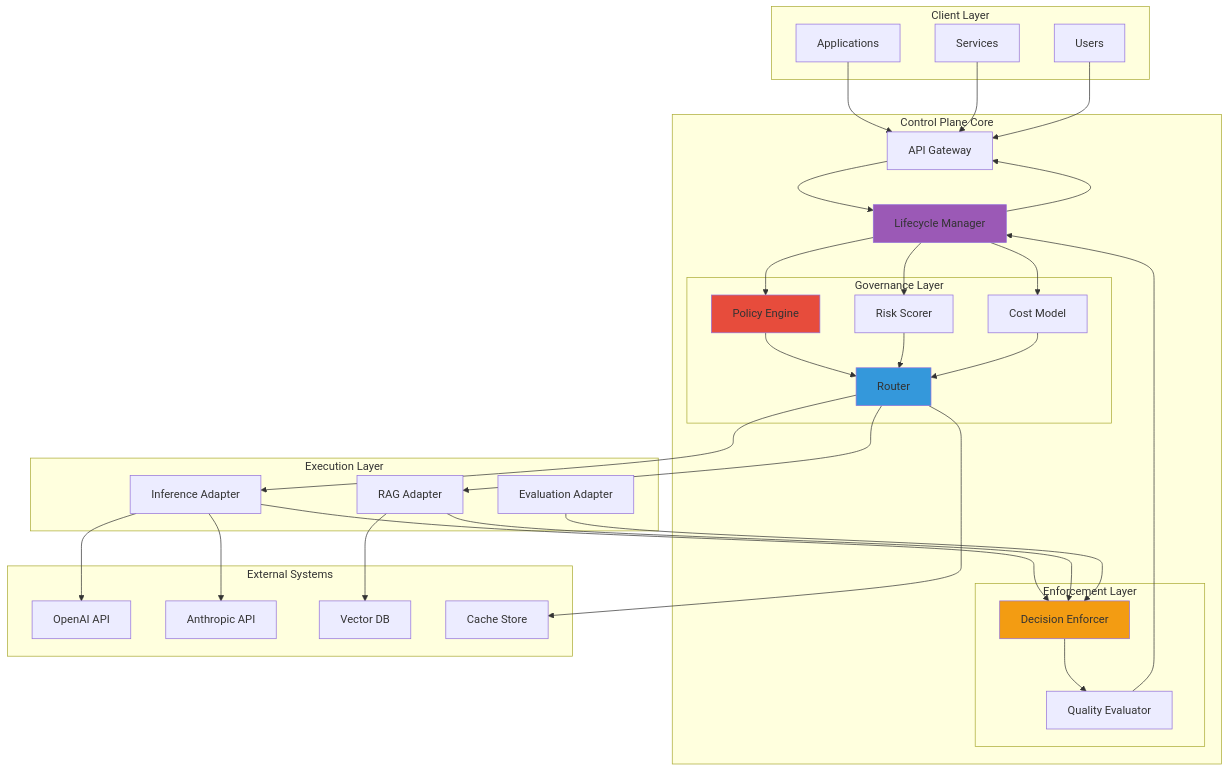
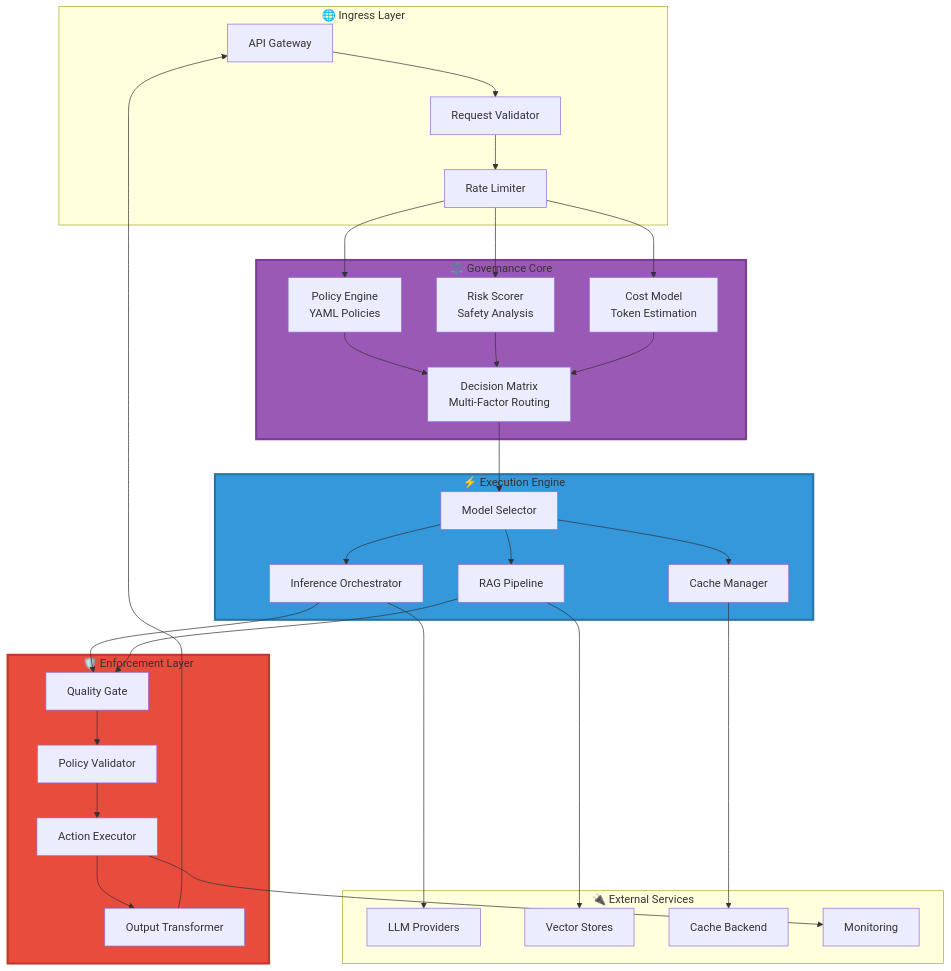
One commit to Amankhan2370/ai-runtime-governance changed the first of 4 diagrams in README.md. Above: the diagram before and after it, drawn with Mermaid. The commit also changed other lines of this file, not shown here.

Commit message:
Replace architecture diagrams with advanced state machine and decision pipeline visualizations

````diff
--- a/README.md
+++ b/README.md
@@ -80,72 +80,66 @@
 ```mermaid
-graph TB
-    subgraph "Client Layer"
-        A[Applications]
-        B[Services]
-        C[Users]
+flowchart TD
+    subgraph IN["🌐 Ingress Layer"]
+        A1[API Gateway]
+        A2[Request Validator]
+        A3[Rate Limiter]
     end
     
-    subgraph "Control Plane Core"
-        D[API Gateway]
-        E[Lifecycle Manager]
-        
-        subgraph "Governance Layer"
-            F[Policy Engine]
-            G[Risk Scorer]
-            H[Cost Model]
-            I[Router]
-        end
-        
-        subgraph "Enforcement Layer"
-            J[Decision Enforcer]
-            K[Quality Evaluator]
-        end
+    subgraph GOV["⚖️ Governance Core"]
+        B1[Policy Engine<br/>YAML Policies]
+        B2[Risk Scorer<br/>Safety Analysis]
+        B3[Cost Model<br/>Token Estimation]
+        B4[Decision Matrix<br/>Multi-Factor Routing]
     end
     
-    subgraph "Execution Layer"
-        L[Inference Adapter]
-        M[RAG Adapter]
-        N[Evaluation Adapter]
+    subgraph EXE["⚡ Execution Engine"]
+        C1[Inference Orchestrator]
+        C2[RAG Pipeline]
+        C3[Cache Manager]
+        C4[Model Selector]
     end
     
-    subgraph "External Systems"
-        O[OpenAI API]
-        P[Anthropic API]
-        Q[Vector DB]
-        R[Cache Store]
+    subgraph ENF["🛡️ Enforcement Layer"]
+        D1[Quality Gate]
+        D2[Policy Validator]
+        D3[Action Executor]
+        D4[Output Transformer]
     end
     
-    A --> D
-    B --> D
-    C --> D
+    subgraph EXT["🔌 External Services"]
+        E1[LLM Providers]
+        E2[Vector Stores]
+        E3[Cache Backend]
+        E4[Monitoring]
+    end
     
-    D --> E
-    E --> F
-    E --> G
-    E --> H
+    A1 --> A2 --> A3
+    A3 --> B1
+    A3 --> B2
+    A3 --> B3
     
-    F --> I
-    G --> I
-    H --> I
+    B1 --> B4
+    B2 --> B4
+    B3 --> B4
     
-    I --> L
-    I --> M
+    B4 --> C4
+    C4 --> C1
+    C4 --> C2
+    C4 --> C3
     
-    L --> O
-    L --> P
-    M --> Q
-    I --> R
+    C1 --> E1
+    C2 --> E2
+    C3 --> E3
     
-    L --> J
-    M --> J
-    N --> J
+    C1 --> D1
+    C2 --> D1
     
-    J --> K
-    K --> E
-    E --> D
+    D1 --> D2 --> D3 --> D4
+    D4 --> A1
     
-    style E fill:#9B59B6
-    style F fill:#E74C3C
-    style I fill:#3498DB
-    style J fill:#F39C12
+    D3 --> E4
+    
+    style GOV fill:#9B59B6,stroke:#7D3C98,stroke-width:3px
+    style EXE fill:#3498DB,stroke:#2874A6,stroke-width:3px
+    style ENF fill:#E74C3C,stroke:#C0392B,stroke-width:3px
 ```
````
